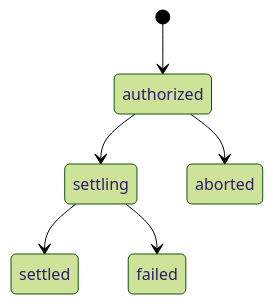
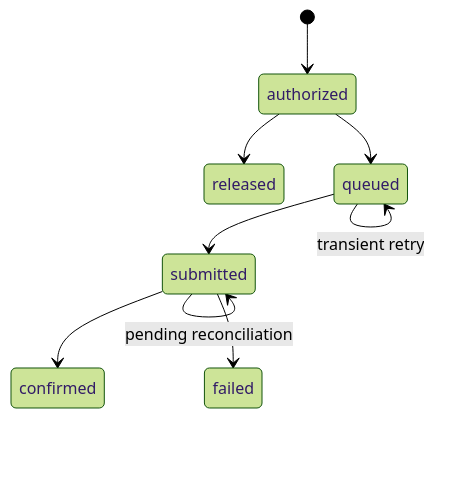
One commit to compose-market/api changed the second of 2 diagrams in x402/README.md. Above: the diagram before and after it, drawn with Mermaid (forest theme). The commit also changed other lines of this file and 22 other files, not shown here.

````diff
--- a/x402/README.md
+++ b/x402/README.md
@@ -90,8 +90,11 @@
 ```mermaid
 stateDiagram-v2
   [*] --> authorized
-  authorized --> settling
-  authorized --> aborted
-  settling --> settled
-  settling --> failed
+  authorized --> released
+  authorized --> queued
+  queued --> submitted
+  queued --> queued: transient retry
+  submitted --> confirmed
+  submitted --> submitted: pending reconciliation
+  submitted --> failed
 ```
````
